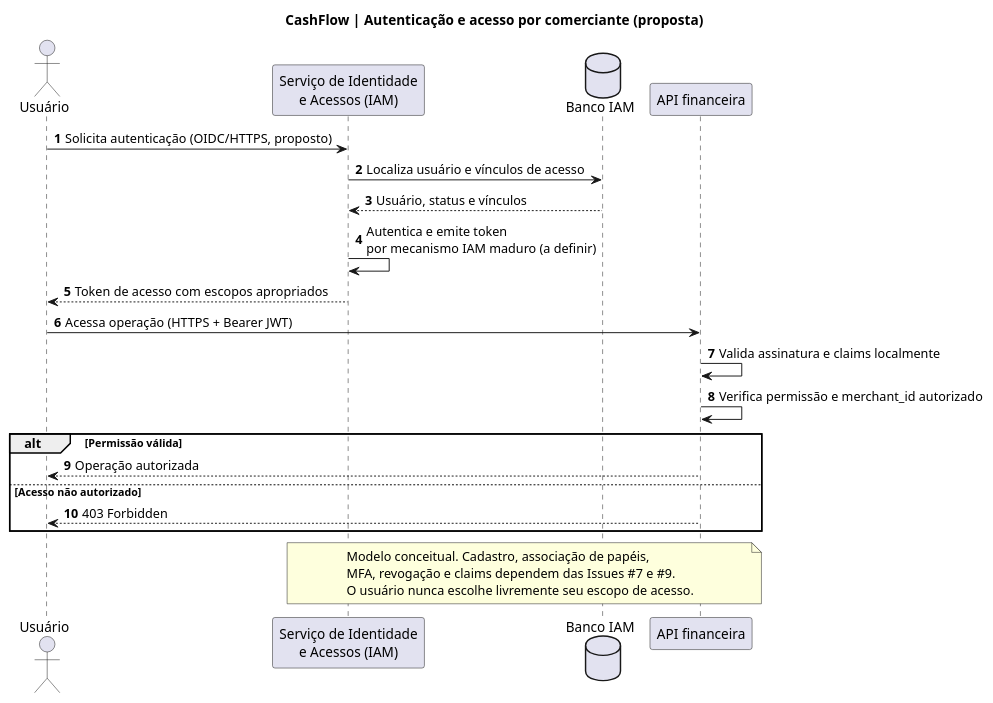
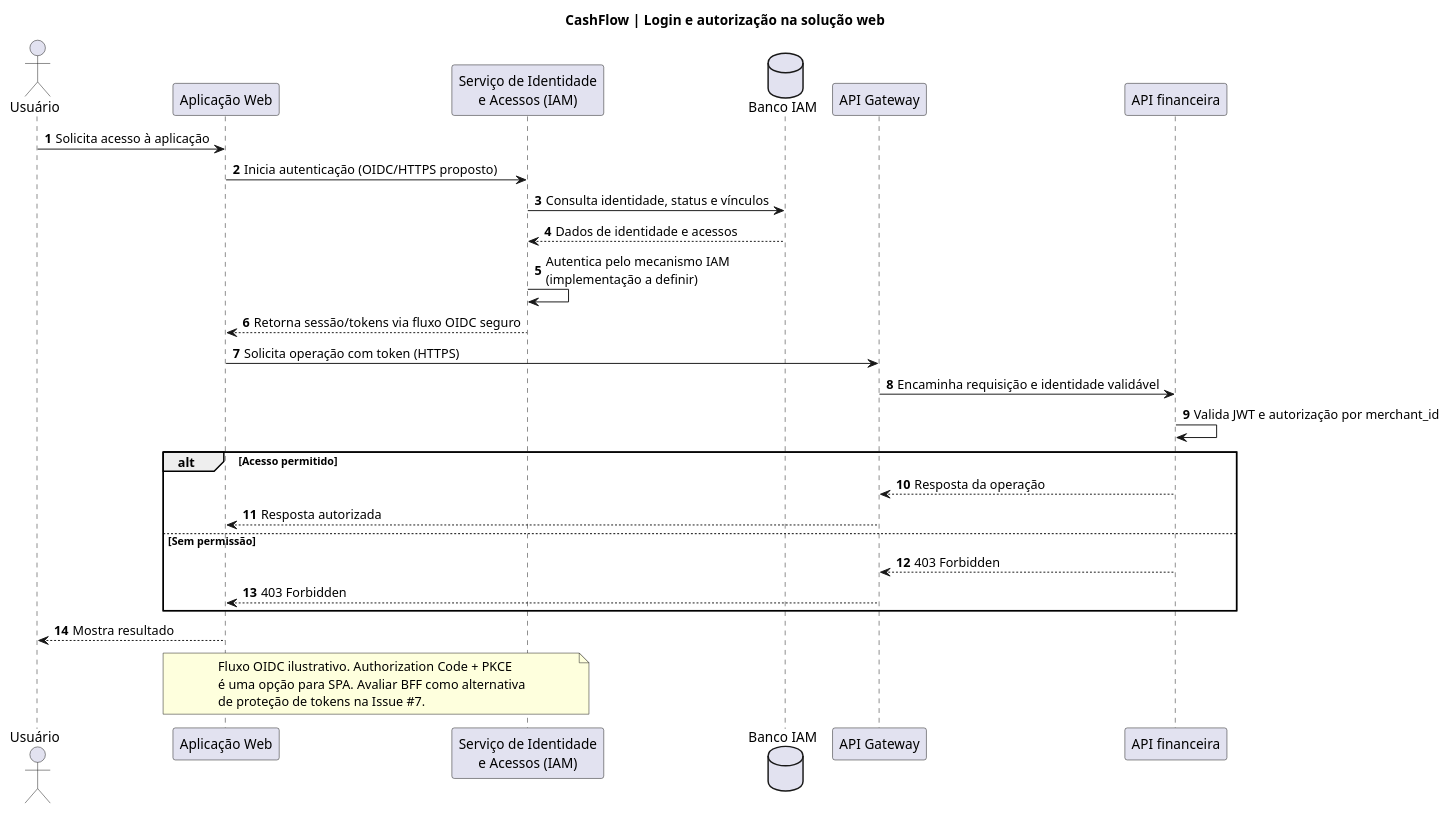
Before and after one commit to wolwerr/CashFlow-Architecture: the diagram in docs/architecture/plantuml/sequence-auth.puml, drawn with PlantUML.

Commit message:
docs(sequence): reflect web frontend and API gateway user journeys (#6)

```diff
--- a/docs/architecture/plantuml/sequence-auth.puml
+++ b/docs/architecture/plantuml/sequence-auth.puml
@@ -1,26 +1,32 @@
 @startuml CashFlow_Authentication
-title CashFlow | Autenticação e acesso por comerciante (proposta)
+title CashFlow | Login e autorização na solução web
 autonumber
 actor "Usuário" as U
+participant "Aplicação Web" as W
 participant "Serviço de Identidade\ne Acessos (IAM)" as IAM
 database "Banco IAM" as DB
+participant "API Gateway" as G
 participant "API financeira" as API
-U -> IAM: Solicita autenticação (OIDC/HTTPS, proposto)
-IAM -> DB: Localiza usuário e vínculos de acesso
-DB --> IAM: Usuário, status e vínculos
-IAM -> IAM: Autentica e emite token\npor mecanismo IAM maduro (a definir)
-IAM --> U: Token de acesso com escopos apropriados
-U -> API: Acessa operação (HTTPS + Bearer JWT)
-API -> API: Valida assinatura e claims localmente
-API -> API: Verifica permissão e merchant_id autorizado
-alt Permissão válida
-  API --> U: Operação autorizada
-else Acesso não autorizado
-  API --> U: 403 Forbidden
+U -> W: Solicita acesso à aplicação
+W -> IAM: Inicia autenticação (OIDC/HTTPS proposto)
+IAM -> DB: Consulta identidade, status e vínculos
+DB --> IAM: Dados de identidade e acessos
+IAM -> IAM: Autentica pelo mecanismo IAM\n(implementação a definir)
+IAM --> W: Retorna sessão/tokens via fluxo OIDC seguro
+W -> G: Solicita operação com token (HTTPS)
+G -> API: Encaminha requisição e identidade validável
+API -> API: Valida JWT e autorização por merchant_id
+alt Acesso permitido
+  API --> G: Resposta da operação
+  G --> W: Resposta autorizada
+else Sem permissão
+  API --> G: 403 Forbidden
+  G --> W: 403 Forbidden
 end
-note over IAM,API
-Modelo conceitual. Cadastro, associação de papéis,
-MFA, revogação e claims dependem das Issues #7 e #9.
-O usuário nunca escolhe livremente seu escopo de acesso.
+W --> U: Mostra resultado
+note over W,IAM
+Fluxo OIDC ilustrativo. Authorization Code + PKCE
+é uma opção para SPA. Avaliar BFF como alternativa
+de proteção de tokens na Issue #7.
 end note
 @enduml
```
